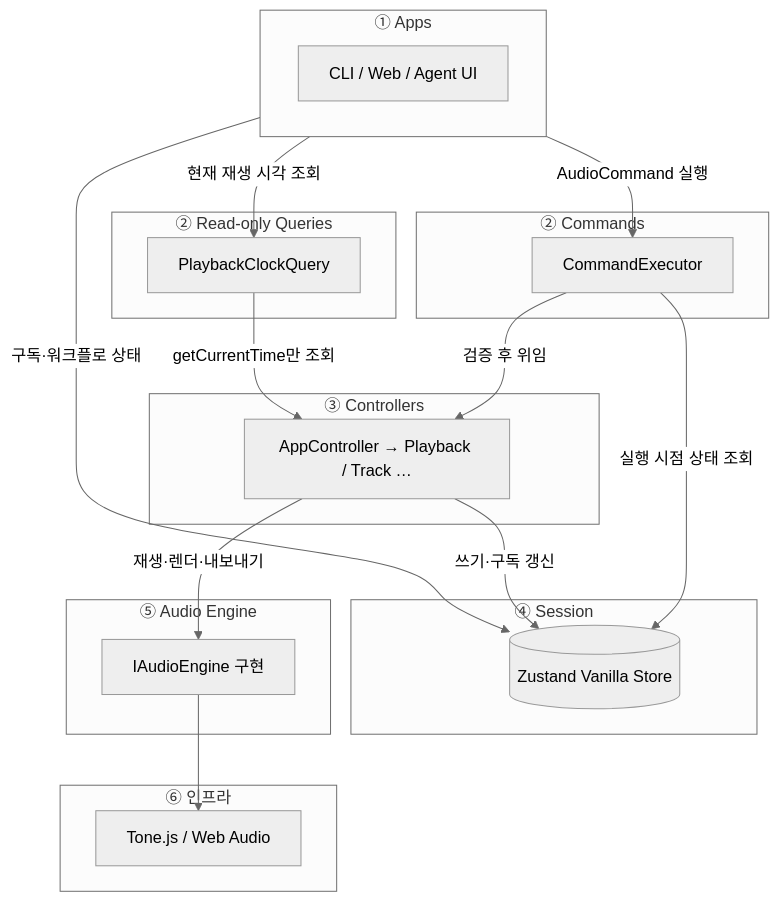
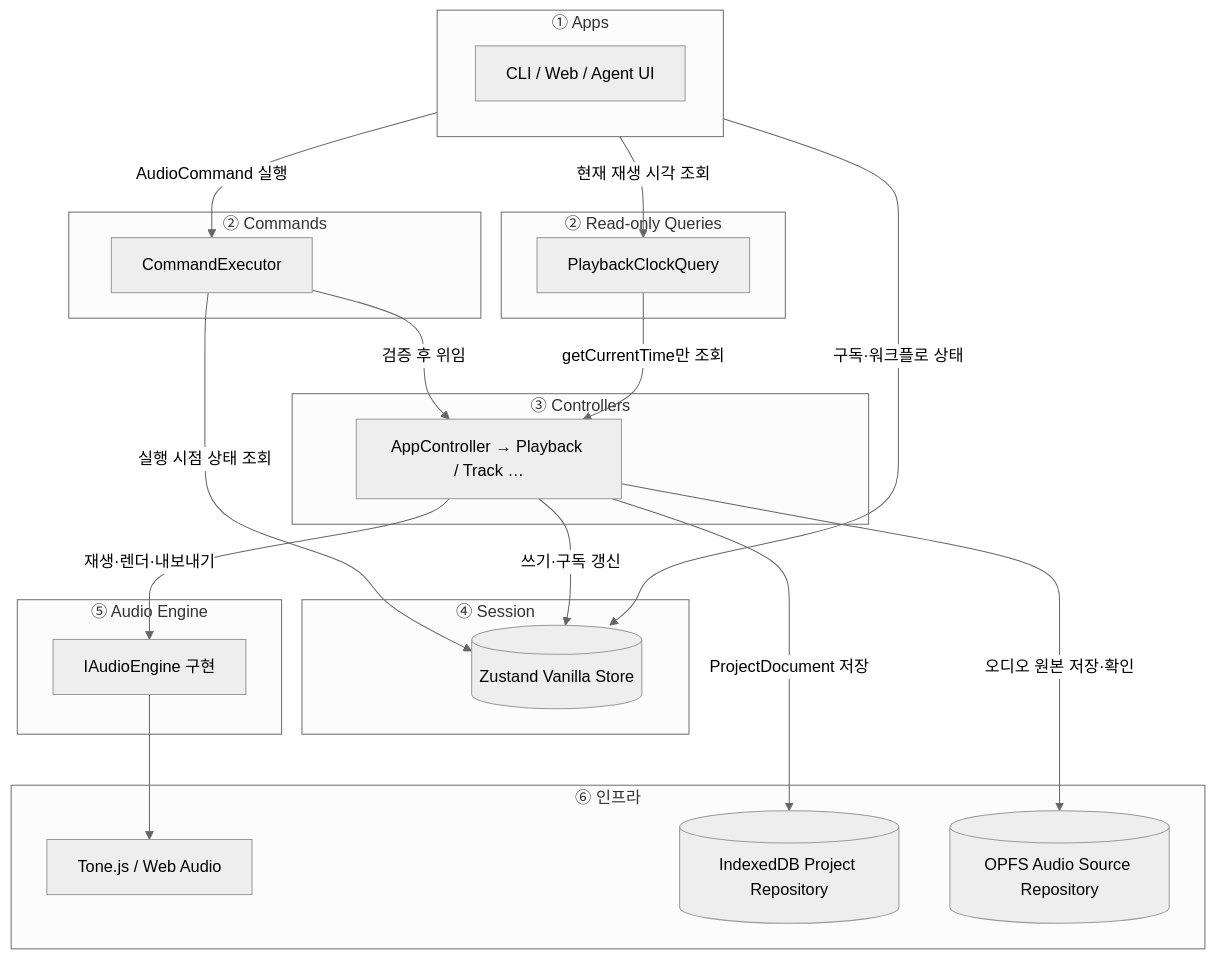
Before and after one commit to whizzkid1452/drop-ai: the first of 4 diagrams in docs/architecture.md, drawn with Mermaid (neutral theme). The commit also changed other lines of this file and 28 other files, not shown here.

````diff
--- a/docs/architecture.md
+++ b/docs/architecture.md
@@ -21,42 +21,46 @@
 ```mermaid
 flowchart TB
     subgraph apps["① Apps"]
         direction LR
         A["CLI / Web / Agent UI"]
     end
 
     subgraph command["② Commands"]
         CE["CommandExecutor"]
     end
 
     subgraph query["② Read-only Queries"]
         Q["PlaybackClockQuery"]
     end
 
     subgraph ctrl["③ Controllers"]
         AC["AppController → Playback / Track …"]
     end
 
     subgraph state["④ Session"]
         SS[("Zustand Vanilla Store")]
     end
 
     subgraph ae["⑤ Audio Engine"]
         IAE["IAudioEngine 구현"]
     end
 
     subgraph low["⑥ 인프라"]
         T["Tone.js / Web Audio"]
+        PR[("IndexedDB Project Repository")]
+        AR[("OPFS Audio Source Repository")]
     end
 
     A -->|"AudioCommand 실행"| CE
     A -->|"현재 재생 시각 조회"| Q
     A -->|"구독·워크플로 상태"| SS
 
     CE -->|"검증 후 위임"| AC
     CE -->|"실행 시점 상태 조회"| SS
     AC -->|"쓰기·구독 갱신"| SS
     AC -->|"재생·렌더·내보내기"| IAE
+    AC -->|"ProjectDocument 저장"| PR
+    AC -->|"오디오 원본 저장·확인"| AR
     Q -->|"getCurrentTime만 조회"| AC
     IAE --> T
 ```
````
